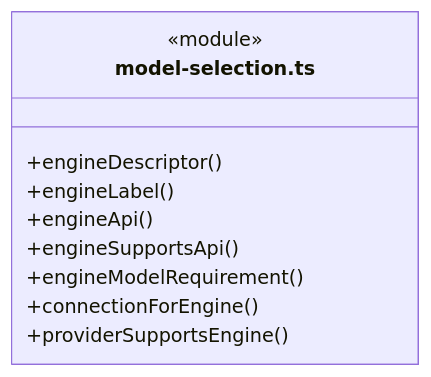
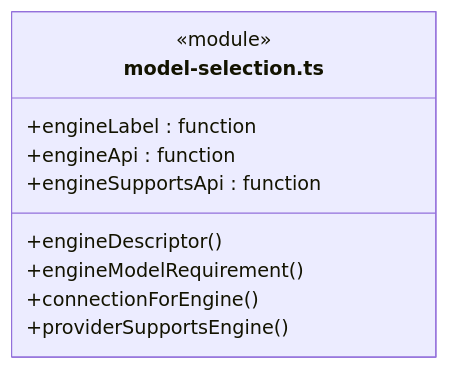
The fifth of 6 diagrams in src/logic/engines/rules/ARCHITECTURE.md (nan023062/cbim), drawn with Mermaid before and after one commit. The commit also changed other lines of this file and 137 other files, not shown here.

Commit message:
fix: align architecture generator with documentation standards

````diff
--- a/src/logic/engines/rules/ARCHITECTURE.md
+++ b/src/logic/engines/rules/ARCHITECTURE.md
@@ -101,13 +107,13 @@
 ```mermaid
 classDiagram
 class N_src_logic_engines_rules_model_selection_ts["model-selection.ts"] {
   <<module>>
   +engineDescriptor()
-  +engineLabel()
-  +engineApi()
-  +engineSupportsApi()
   +engineModelRequirement()
   +connectionForEngine()
   +providerSupportsEngine()
+  +engineLabel : function
+  +engineApi : function
+  +engineSupportsApi : function
 }
 ```
````
